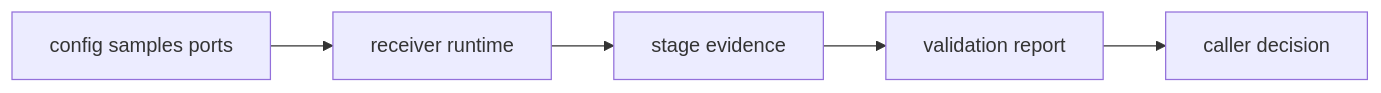
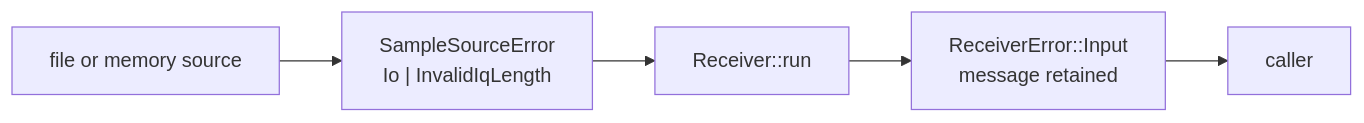
Before and after one commit to bijux/bijux-telecom: the second of 3 diagrams in docs/05-bijux-gnss-receiver/architecture/error-model.md, drawn with Mermaid. The commit also changed other lines of this file, not shown here.

Commit message:
docs(receiver): distinguish failures from stage outcomes

````diff
--- a/docs/05-bijux-gnss-receiver/architecture/error-model.md
+++ b/docs/05-bijux-gnss-receiver/architecture/error-model.md
@@ -17,10 +87,10 @@
 ```mermaid
 flowchart LR
-    input["config samples ports"]
-    runtime["receiver runtime"]
-    stage["stage evidence"]
-    validation["validation report"]
-    caller["caller decision"]
+    file["file or memory source"]
+    source["SampleSourceError<br/>Io | InvalidIqLength"]
+    engine["Receiver::run"]
+    input["ReceiverError::Input<br/>message retained"]
+    caller["caller"]
 
-    input --> runtime --> stage --> validation --> caller
+    file --> source --> engine --> input --> caller
 ```
````
